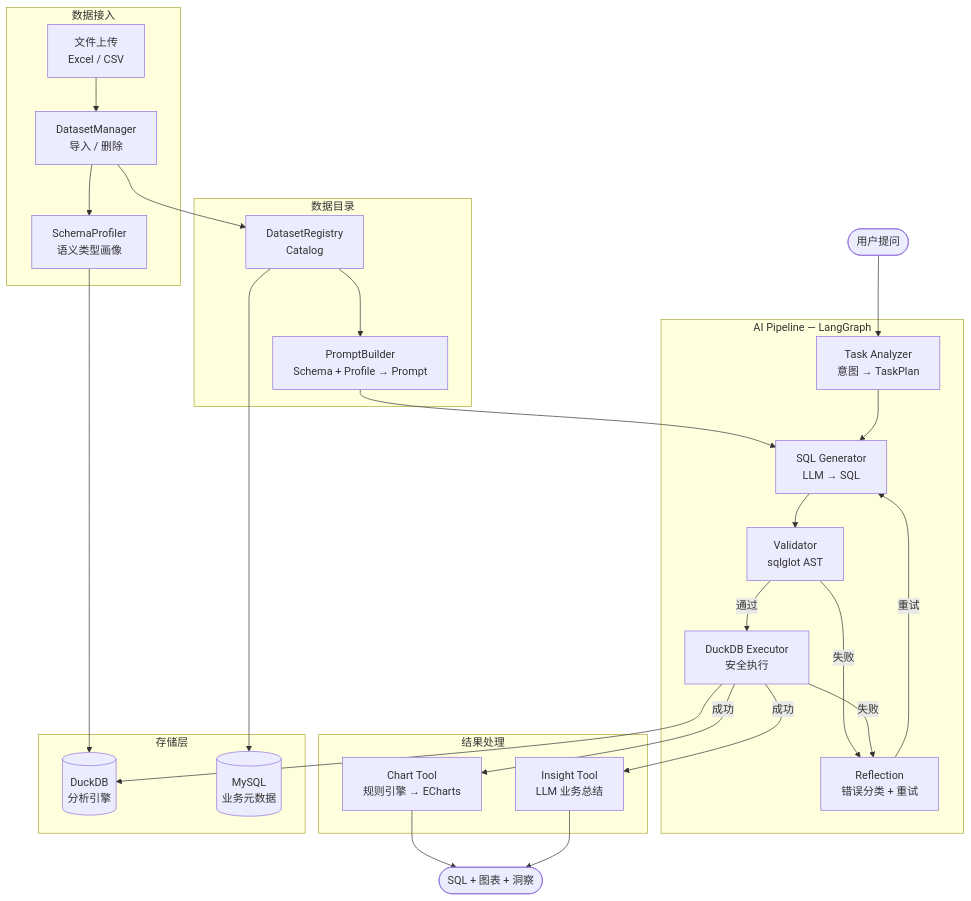
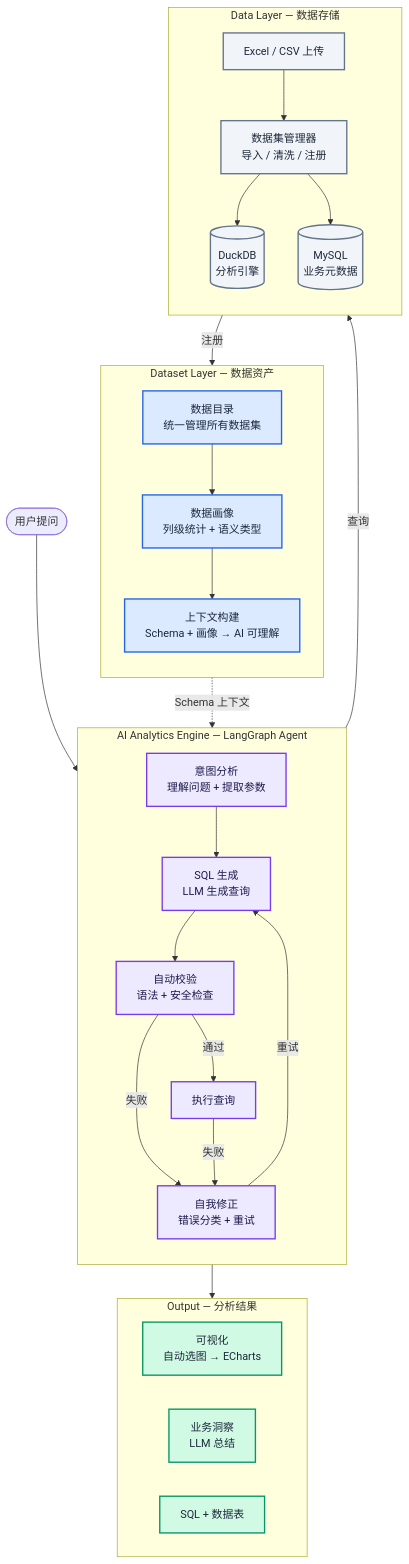
The diagram in README.md (yaox2689-max/t2sAnalysis), drawn with Mermaid before and after one commit. The commit also changed other lines of this file, not shown here.

Commit message:
docs: 重构README架构图为四层产品视图

````diff
--- a/README.md
+++ b/README.md
@@ -7,50 +7,63 @@
 ```mermaid
 flowchart TD
     User([用户提问])
 
-    subgraph Ingest[数据接入]
-        Upload[文件上传<br/>Excel / CSV] --> Mgr[DatasetManager<br/>导入 / 删除]
-        Mgr --> Profile[SchemaProfiler<br/>语义类型画像]
+    subgraph AI["AI Analytics Engine — LangGraph Agent"]
+        direction TB
+        Planner["意图分析<br/>理解问题 + 提取参数"]
+        SQLGen["SQL 生成<br/>LLM 生成查询"]
+        Validate["自动校验<br/>语法 + 安全检查"]
+        Execute["执行查询"]
+        Reflect["自我修正<br/>错误分类 + 重试"]
+
+        Planner --> SQLGen
+        SQLGen --> Validate
+        Validate -->|通过| Execute
+        Validate -->|失败| Reflect
+        Execute -->|失败| Reflect
+        Reflect -->|重试| SQLGen
     end
 
-    subgraph Cat[数据目录]
-        Reg[DatasetRegistry<br/>Catalog]
-        PB[PromptBuilder<br/>Schema + Profile → Prompt]
+    subgraph DS["Dataset Layer — 数据资产"]
+        direction TB
+        Registry["数据目录<br/>统一管理所有数据集"]
+        Profile["数据画像<br/>列级统计 + 语义类型"]
+        Context["上下文构建<br/>Schema + 画像 → AI 可理解"]
+        Registry --> Profile
+        Profile --> Context
     end
 
-    subgraph Pipeline[AI Pipeline — LangGraph]
-        TA[Task Analyzer<br/>意图 → TaskPlan]
-        GEN[SQL Generator<br/>LLM → SQL]
-        VAL[Validator<br/>sqlglot AST]
-        EXE[DuckDB Executor<br/>安全执行]
-        REF[Reflection<br/>错误分类 + 重试]
+    subgraph DL["Data Layer — 数据存储"]
+        direction TB
+        Upload["Excel / CSV 上传"]
+        Manager["数据集管理器<br/>导入 / 清洗 / 注册"]
+        DuckDB[("DuckDB<br/>分析引擎")]
+        MySQL[("MySQL<br/>业务元数据")]
+        Upload --> Manager
+        Manager --> DuckDB
+        Manager --> MySQL
     end
 
-    subgraph Output[结果处理]
-        CHART[Chart Tool<br/>规则引擎 → ECharts]
-        INSIGHT[Insight Tool<br/>LLM 业务总结]
+    subgraph Out["Output — 分析结果"]
+        direction LR
+        Chart["可视化<br/>自动选图 → ECharts"]
+        Insight["业务洞察<br/>LLM 总结"]
+        SQLResult["SQL + 数据表"]
     end
 
-    subgraph Store[存储层]
-        DDB[(DuckDB<br/>分析引擎)]
-        MySQL[(MySQL<br/>业务元数据)]
-    end
+    User --> AI
+    Context -.->|Schema 上下文| SQLGen
+    Execute -->|查询| DuckDB
+    Manager -->|注册| Registry
+    Execute --> Out
 
-    User --> TA
-    Profile --> DDB
-    Mgr --> Reg
-    Reg --> PB
-    PB --> GEN
-    TA --> GEN
-    GEN --> VAL
-    VAL -->|通过| EXE
-    VAL -->|失败| REF
-    EXE --> DDB
-    EXE -->|成功| CHART
-    EXE -->|成功| INSIGHT
-    EXE -->|失败| REF
-    REF -->|重试| GEN
-    Reg --> MySQL
-    CHART --> Response([SQL + 图表 + 洞察])
-    INSIGHT --> Response
+    classDef aiStyle fill:#ede9fe,stroke:#7c3aed,stroke-width:2px,color:#1e1b4b
+    classDef dsStyle fill:#dbeafe,stroke:#2563eb,stroke-width:2px,color:#1e293b
+    classDef dlStyle fill:#f1f5f9,stroke:#64748b,stroke-width:2px,color:#1e293b
+    classDef outStyle fill:#d1fae5,stroke:#059669,stroke-width:2px,color:#1e293b
+
+    class Planner,SQLGen,Validate,Execute,Reflect aiStyle
+    class Registry,Profile,Context dsStyle
+    class Upload,Manager,DuckDB,MySQL dlStyle
+    class Chart,Insight,SQLResult outStyle
 ```
````
